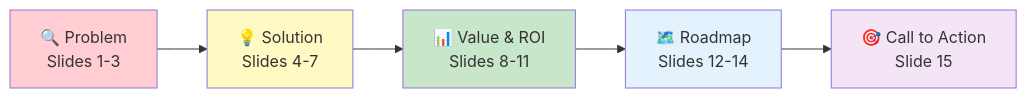
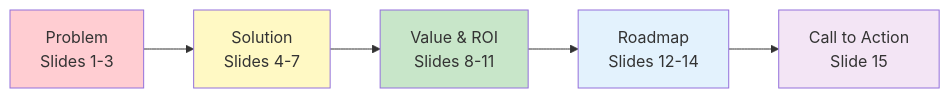
One commit to justinsz/ProPrompt changed the second of 4 diagrams in office_en.md. Above: the diagram before and after it, drawn with Mermaid. The commit also changed other lines of this file and 11 other files, not shown here.

````diff
--- a/office_en.md
+++ b/office_en.md
@@ -233,13 +233,13 @@
 ```mermaid
 flowchart LR
-    A[🔍 Problem<br/>Slides 1-3] --> B[💡 Solution<br/>Slides 4-7]
-    B --> C[📊 Value & ROI<br/>Slides 8-11]
-    C --> D[🗺️ Roadmap<br/>Slides 12-14]
-    D --> E[🎯 Call to Action<br/>Slide 15]
-    
+    A[Problem<br/>Slides 1-3] --> B[Solution<br/>Slides 4-7]
+    B --> C[Value & ROI<br/>Slides 8-11]
+    C --> D[Roadmap<br/>Slides 12-14]
+    D --> E[Call to Action<br/>Slide 15]
+
     style A fill:#ffcdd2
     style B fill:#fff9c4
     style C fill:#c8e6c9
     style D fill:#e3f2fd
     style E fill:#f3e5f5
 ```
````
